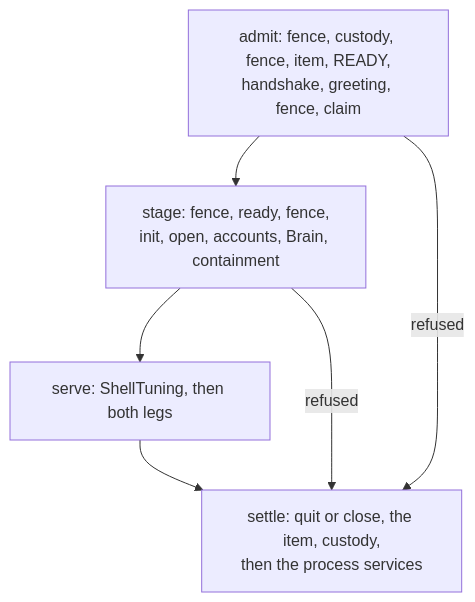
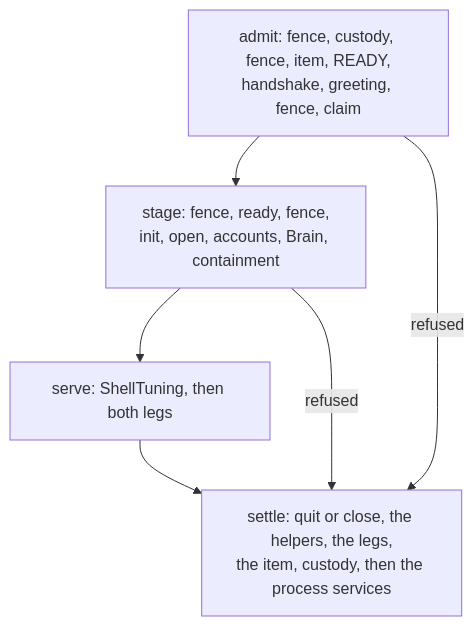
Before and after one commit to labcoder/capsula: the third of 9 diagrams in docs/development/architecture.md, drawn with Mermaid. The commit also changed other lines of this file and 12 other files, not shown here.

````diff
--- a/docs/development/architecture.md
+++ b/docs/development/architecture.md
@@ -164,10 +164,10 @@
 ```mermaid
 flowchart TD
   admit["admit: fence, custody, fence, item, READY,<br/>handshake, greeting, fence, claim"]
   stage["stage: fence, ready, fence,<br/>init, open, accounts, Brain, containment"]
   serve["serve: ShellTuning, then both legs"]
-  settle["settle: quit or close, the item, custody,<br/>then the process services"]
+  settle["settle: quit or close, the helpers, the legs,<br/>the item, custody, then the process services"]
   admit --> stage --> serve --> settle
   admit -- refused --> settle
   stage -- refused --> settle
 ```
````
